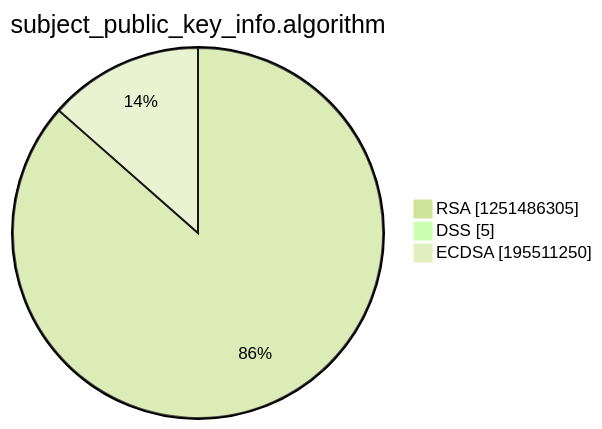
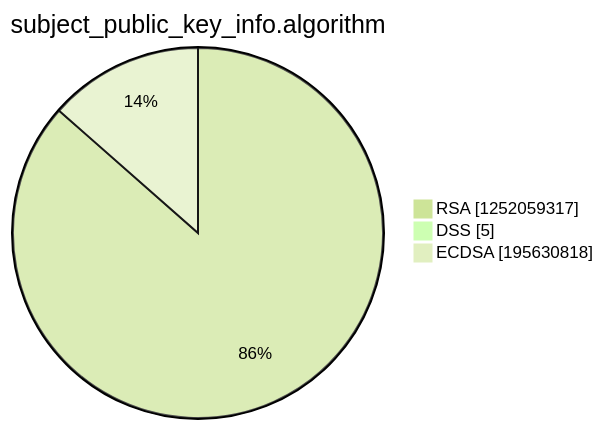
The third of 15 diagrams in argon2022/README.md (christiankrug/ctmonitor_visualization), drawn with Mermaid (forest theme) before and after one commit. The commit also changed other lines of this file, not shown here.

````diff
--- a/argon2022/README.md
+++ b/argon2022/README.md
@@ -14,7 +14,7 @@
 ```mermaid
 pie showData
 title subject_public_key_info.algorithm
-"RSA" :1251486305
+"RSA" :1252059317
 "DSS" :5
-"ECDSA" :195511250
+"ECDSA" :195630818
 ```
````
